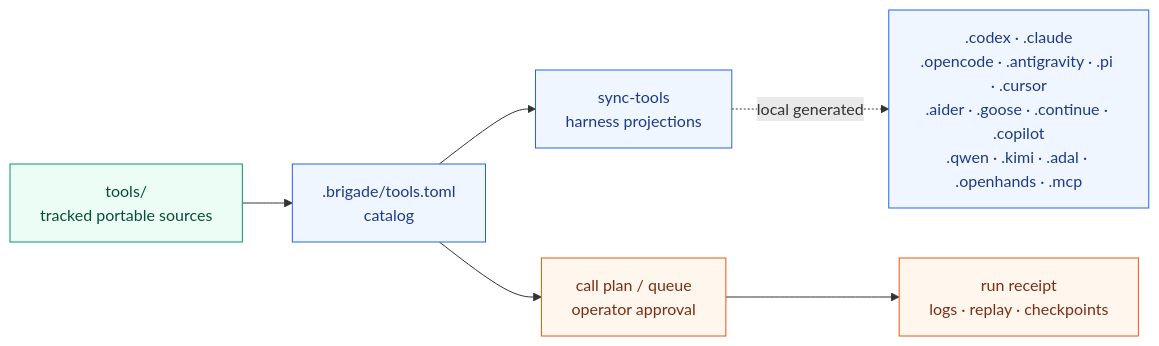
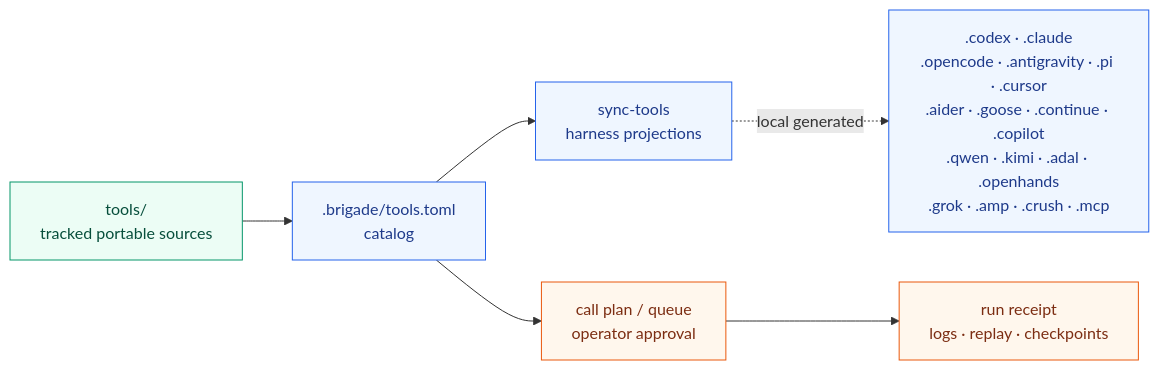
One commit to escoffier-labs/brigade changed the eighth of 13 diagrams in docs/overview.md. Above: the diagram before and after it, drawn with Mermaid. The commit also changed other lines of this file and 40 other files, not shown here.

First line of the commit message:
feat: add grok, amp, and crush writer harnesses

````diff
--- a/docs/overview.md
+++ b/docs/overview.md
@@ -415,19 +421,19 @@
 ```mermaid
 flowchart LR
     SOURCE["tools/<br/>tracked portable sources"]
     CATALOG[".brigade/tools.toml<br/>catalog"]
     PROJECT["sync-tools<br/>harness projections"]
     APPROVAL["call plan / queue<br/>operator approval"]
     RUN["run receipt<br/>logs · replay · checkpoints"]
 
     SOURCE --> CATALOG --> PROJECT
     CATALOG --> APPROVAL --> RUN
-    PROJECT -. local generated .-> HARNESSES[".codex · .claude<br/>.opencode · .antigravity · .pi · .cursor<br/>.aider · .goose · .continue · .copilot<br/>.qwen · .kimi · .adal · .openhands · .mcp"]
+    PROJECT -. local generated .-> HARNESSES[".codex · .claude<br/>.opencode · .antigravity · .pi · .cursor<br/>.aider · .goose · .continue · .copilot<br/>.qwen · .kimi · .adal · .openhands<br/>.grok · .amp · .crush · .mcp"]
 
     classDef source fill:#ecfdf5,stroke:#059669,color:#064e3b;
     classDef local fill:#eff6ff,stroke:#2563eb,color:#1e3a8a;
     classDef gate fill:#fff7ed,stroke:#ea580c,color:#7c2d12;
     class SOURCE source;
     class CATALOG,PROJECT,HARNESSES local;
     class APPROVAL,RUN gate;
 ```
````
